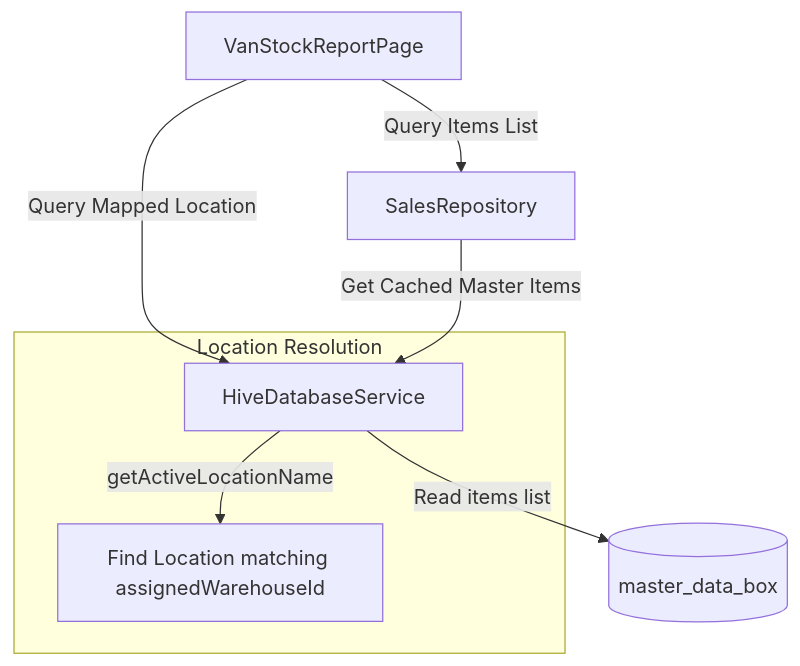
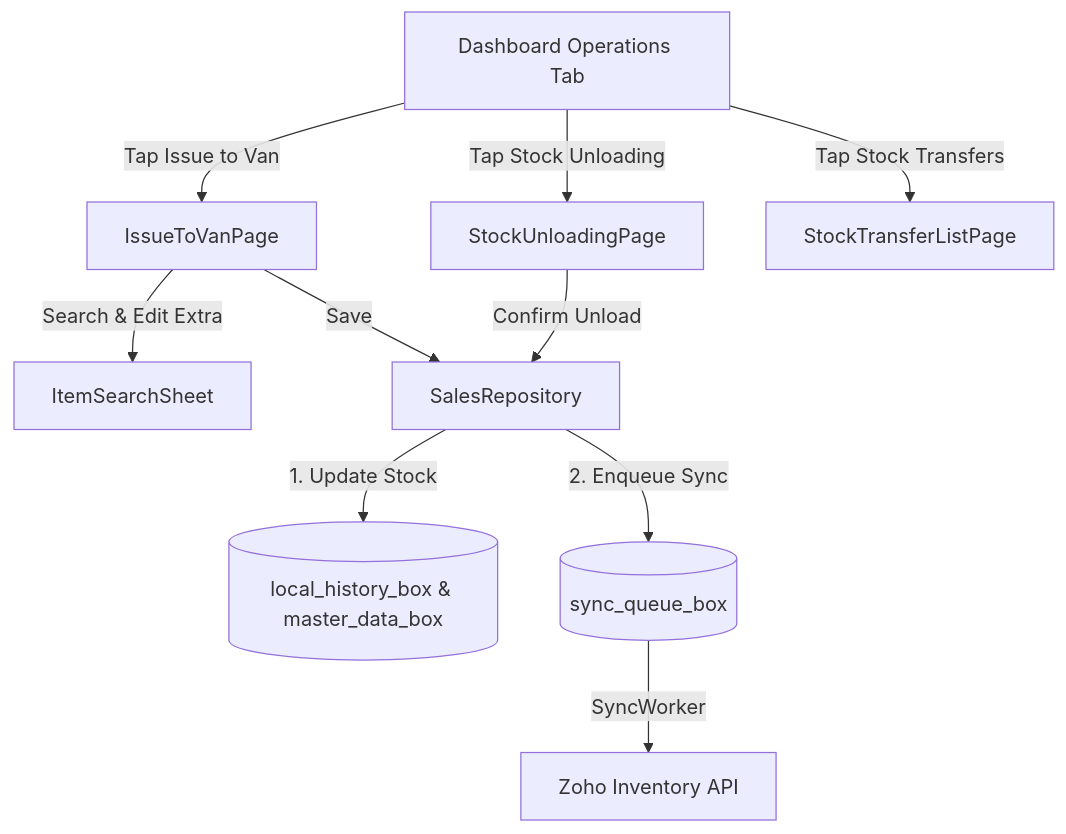
One commit to shabibmr/nellon_vansales changed the diagram in MODIFICATION_DESIGN.md. Above: the diagram before and after it, drawn with Mermaid. The commit also changed other lines of this file and 27 other files, not shown here.

First line of the commit message:
feat(zoho): fix write-payload schema mismatches from API audit

````diff
--- a/MODIFICATION_DESIGN.md
+++ b/MODIFICATION_DESIGN.md
@@ -67,11 +308,14 @@
 ```mermaid
 graph TD
-    UI[VanStockReportPage] -->|Query Mapped Location| DB[HiveDatabaseService]
-    UI -->|Query Items List| Repo[SalesRepository]
-    Repo -->|Get Cached Master Items| DB
-    DB -->|Read items list| Hive[(master_data_box)]
+    Dash[Dashboard Operations Tab] -->|Tap Issue to Van| IssuePage[IssueToVanPage]
+    Dash -->|Tap Stock Unloading| UnloadPage[StockUnloadingPage]
+    Dash -->|Tap Stock Transfers| HistoryPage[StockTransferListPage]
     
-    subgraph Location Resolution
-        DB -->|getActiveLocationName| Match[Find Location matching assignedWarehouseId]
-    end
+    IssuePage -->|Search & Edit Extra| AddItem[ItemSearchSheet]
+    IssuePage -->|Save| Repo[SalesRepository]
+    UnloadPage -->|Confirm Unload| Repo
+    
+    Repo -->|1. Update Stock| Hive[(local_history_box & master_data_box)]
+    Repo -->|2. Enqueue Sync| Queue[(sync_queue_box)]
+    Queue -->|SyncWorker| Zoho[Zoho Inventory API]
 ```
````
